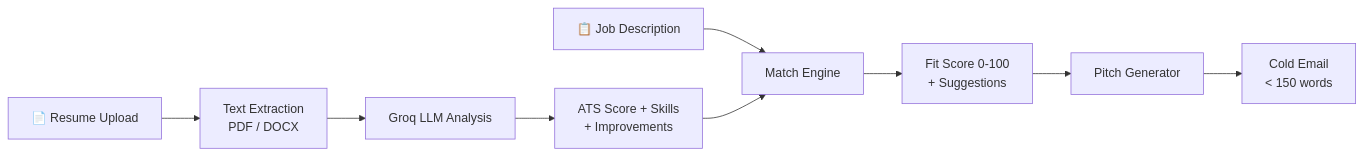
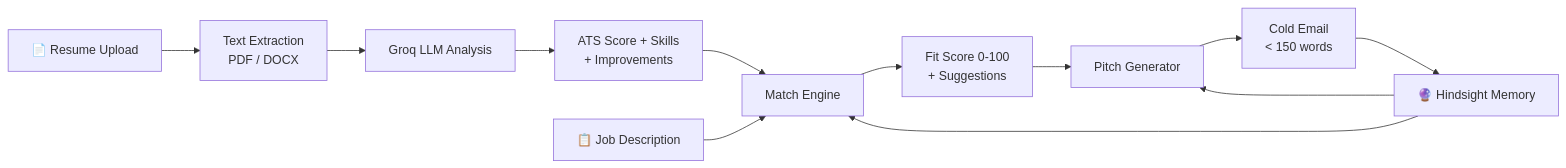
The diagram in README.md (lokeshraaj/job-application-agent), drawn with Mermaid before and after one commit. The commit also changed other lines of this file, not shown here.

Commit message:
Add Hindsight memory engine documentation to README

````diff
--- a/README.md
+++ b/README.md
@@ -185,13 +187,17 @@
 ```mermaid
 graph LR
     A[📄 Resume Upload] --> B[Text Extraction<br/>PDF / DOCX]
     B --> C[Groq LLM Analysis]
     C --> D[ATS Score + Skills<br/>+ Improvements]
 
     E[📋 Job Description] --> F[Match Engine]
     D --> F
     F --> G[Fit Score 0-100<br/>+ Suggestions]
 
     G --> H[Pitch Generator]
     H --> I[Cold Email<br/>< 150 words]
+
+    J[🔮 Hindsight Memory] --> F
+    J --> H
+    I --> J
 ```
````
